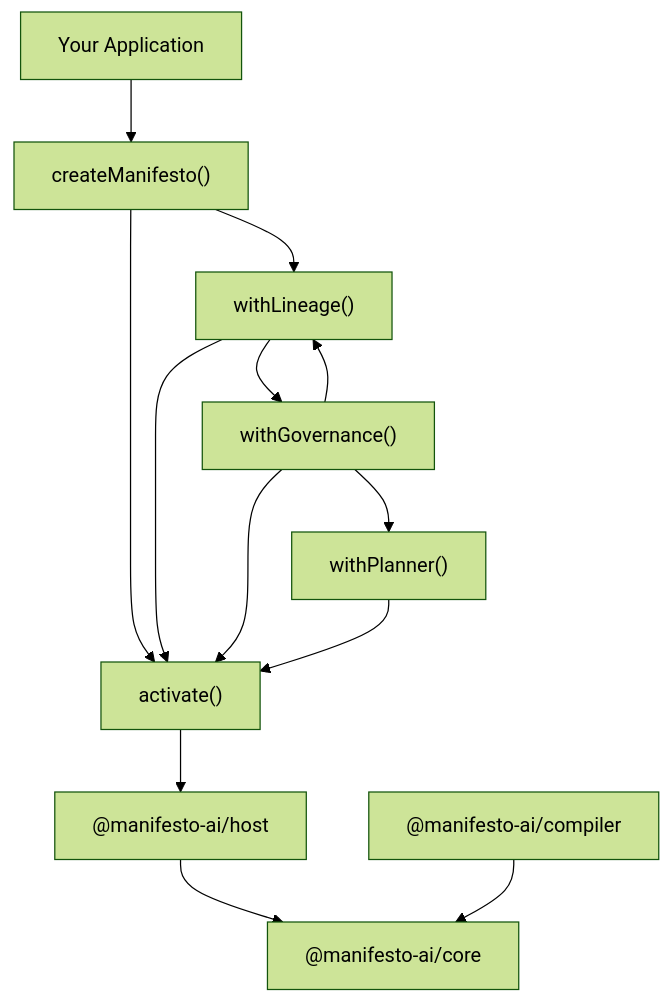
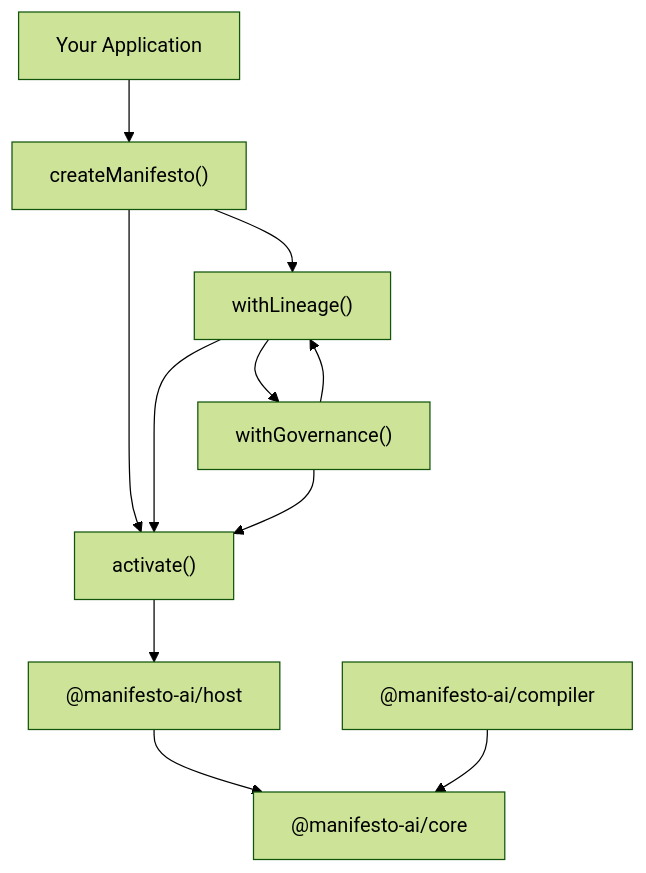
One commit to manifesto-ai/core changed the diagram in docs/api/index.md. Above: the diagram before and after it, drawn with Mermaid (forest theme). The commit also changed other lines of this file and 54 other files, not shown here.

````diff
--- a/docs/api/index.md
+++ b/docs/api/index.md
@@ -62,15 +60,13 @@
 ```mermaid
 flowchart TB
   APP["Your Application"] --> SDK["createManifesto()"]
   SDK --> ACT["activate()"]
   SDK --> LIN["withLineage()"]
   LIN --> GOV["withGovernance()"]
-  GOV --> PLAN["withPlanner()"]
   LIN --> ACT
   GOV --> ACT
-  PLAN --> ACT
   ACT --> HOST["@manifesto-ai/host"]
   HOST --> CORE["@manifesto-ai/core"]
   GOV --> LIN
   COMP["@manifesto-ai/compiler"] --> CORE
 ```
````
